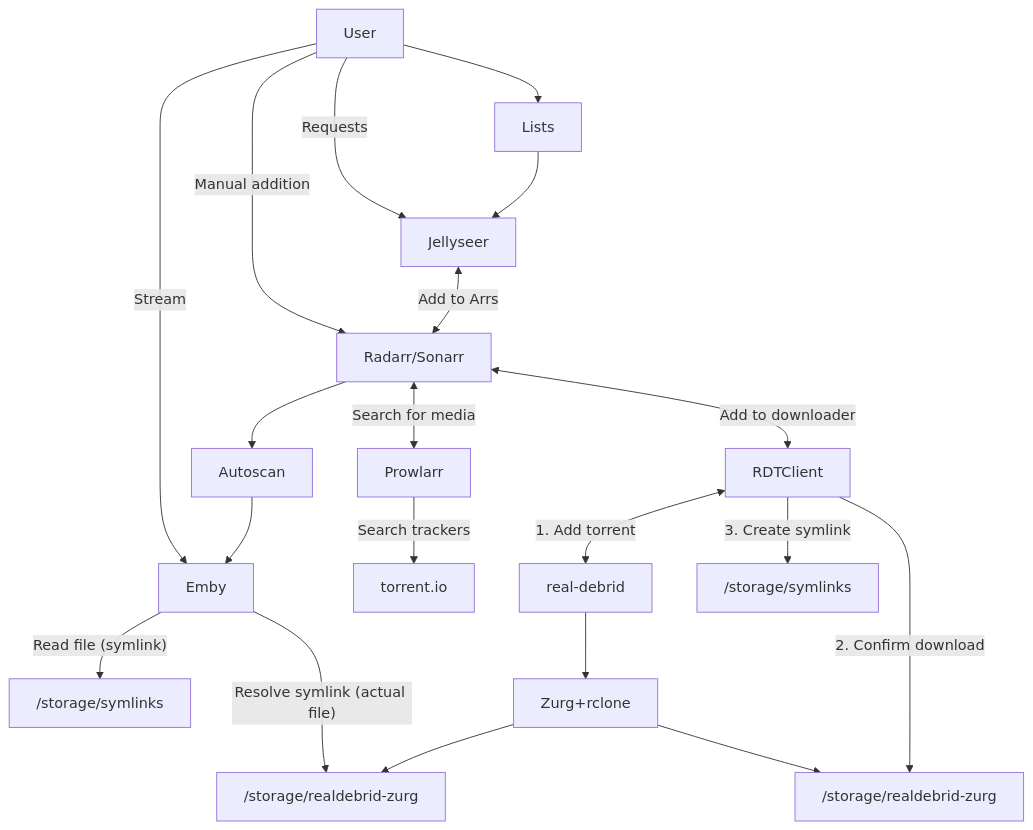
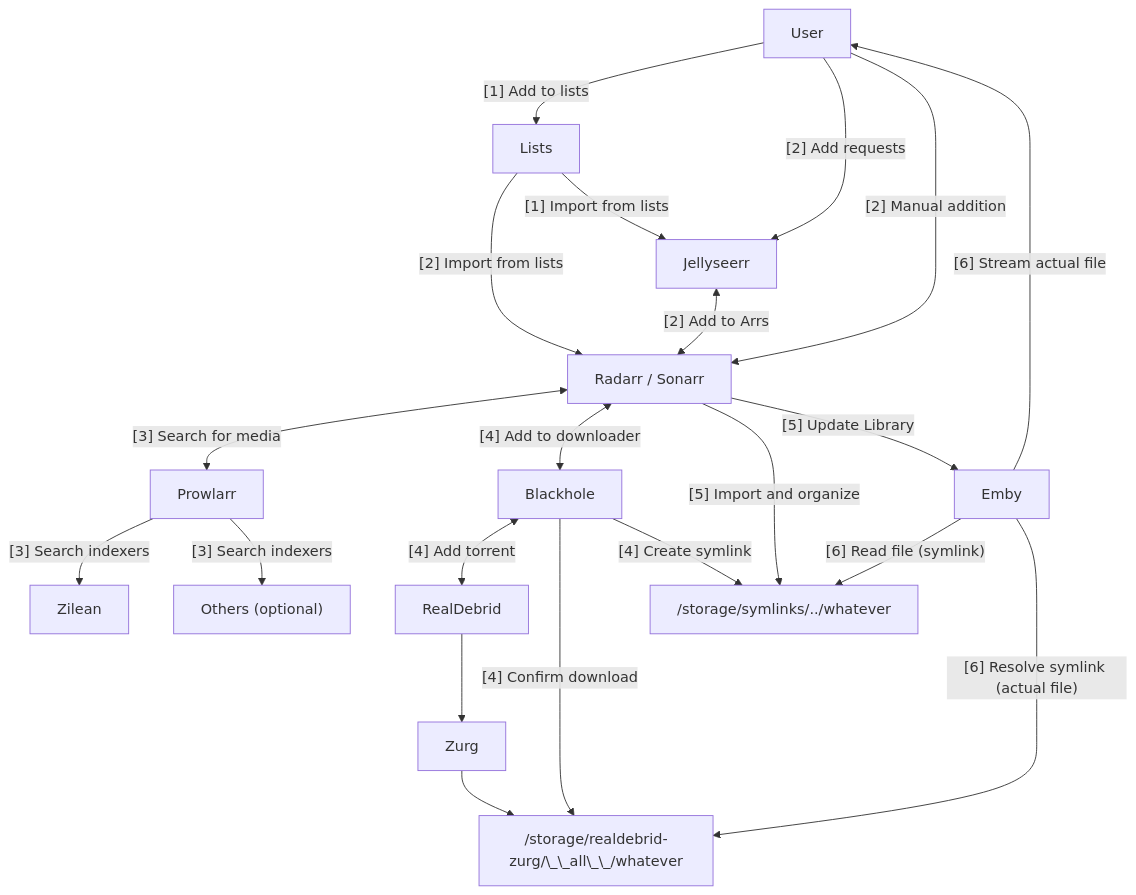
Before and after one commit to elfhosted/elfhosted.com: the diagram in docs/guides/media/emby-realdebrid-aars.md, drawn with Mermaid. The commit also changed other lines of this file and 2 other files, not shown here.

Commit message:
update flowchart for emby

````diff
--- a/docs/guides/media/emby-realdebrid-aars.md
+++ b/docs/guides/media/emby-realdebrid-aars.md
@@ -24,29 +24,34 @@
 ```mermaid
 flowchart TD
-    Z[fa:fa-user User] --> |Stream|K
-    Z[fa:fa-user User] --> A
-    Z[User]--> |Manual addition|D
-    Z[User]--> |Requests|C
-    A[Lists] --> C[Jellyseer]
-    C <--> |Add to Arrs|D[Radarr/Sonarr]
-    D --> R[Autoscan]
-    D <--> |Search for media|E[Prowlarr]
-    D <--> |Add to downloader|G[RDTClient]
-    E --> |Search trackers|F[torrent.io]
-    G <--> |1. Add torrent|H[real-debrid]
 
-    R[Autoscan] --> K[Emby] 
+    %% User requests content
+    User --> |"[1] Add to lists"|Lists
+    User --> |"[2] Add requests"|SEERR[Jellyseerr]
+    User --> |"[2] Manual addition"|DOWNLOADER[Radarr / Sonarr]
+    
+    STREAMER[Emby] --> |"[6] Stream actual file"|User
+    Lists --> |"[2] Import from lists"|DOWNLOADER
+    Lists --> |"[1] Import from lists"|SEERR
+    SEERR <--> |"[2] Add to Arrs"|DOWNLOADER
+    STREAMER --> |"[6] Read file (symlink)"|SymlinkMount["/storage/symlinks/../whatever"]
 
-    K[Emby] --> |"Read file (symlink)"|L["/storage/symlinks"]
+    %% Prowlarr / Zilean
+    DOWNLOADER <--> |"[3] Search for media"|Prowlarr
+    Prowlarr --> |"[3] Search indexers"|Zilean
+    Prowlarr --> |"[3] Search indexers"|Others["Others (optional)"]
 
-    K[Emby] --> |"Resolve symlink (actual file)"|J["/storage/realdebrid-zurg"]
-    %% G --> |Confirm download|J
+    DOWNLOADER <--> |"[4] Add to downloader"|SYMLINKER[Blackhole]
+    DOWNLOADER --> |"[5] Import and organize"|SymlinkMount
+    SYMLINKER <--> |"[4] Add torrent"|RealDebrid
 
-    G[RDTClient] --> |3. Create symlink|P["/storage/symlinks"]
+    DOWNLOADER --> |"[5] Update Library"|STREAMER
+    STREAMER --> |"[6] Resolve symlink (actual file)"|ZurgMount["/storage/realdebrid-zurg/\_\_all\_\_/whatever"]
 
-    H --> Q[Zurg+rclone]
-    Q --> J
+    %% Zurg
+    RealDebrid --> Zurg
+    Zurg --> ZurgMount
 
-    Q --> O
-    G[RDTClient] --> |2. Confirm download|O["/storage/realdebrid-zurg"]
+    SYMLINKER --> |"[4] Confirm download"|ZurgMount["/storage/realdebrid-zurg/\_\_all\_\_/whatever"]
+    SYMLINKER --> |"[4] Create symlink"|SymlinkMount["/storage/symlinks/../whatever"]
+
 ```
````
